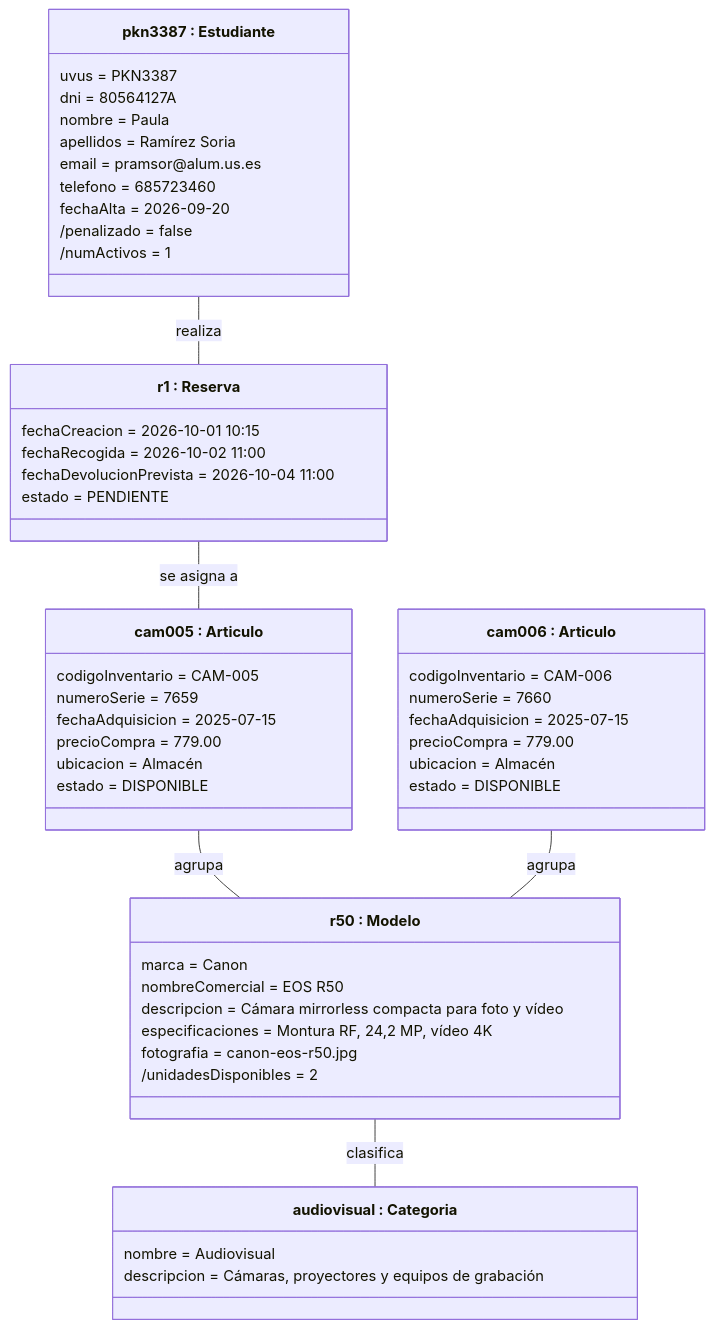
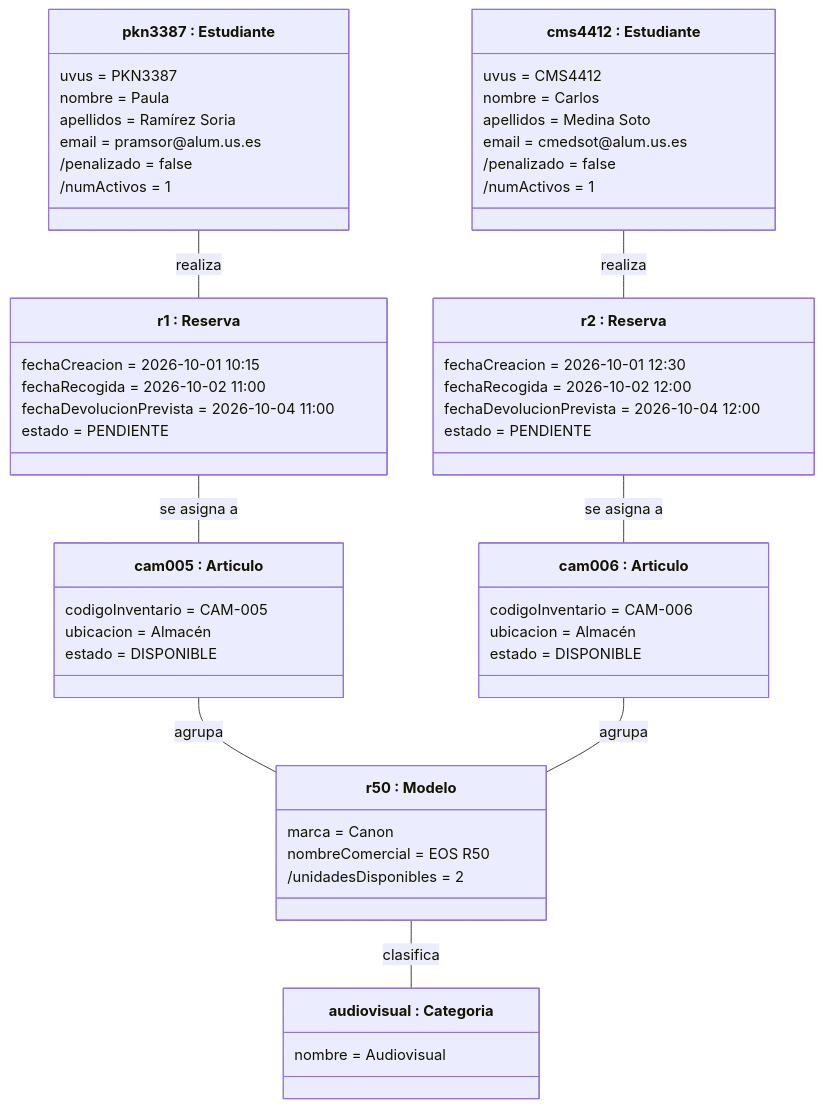
Before and after one commit to kikiyet/proyecto-curso-iissi1-2026-TKL4651: the second of 4 diagrams in README.md, drawn with Mermaid. The commit also changed other lines of this file, not shown here.

````diff
--- a/README.md
+++ b/README.md
@@ -583,56 +583,57 @@
 ```mermaid
 classDiagram
 direction TB
-
 class pkn3387["pkn3387 : Estudiante"] {
   uvus = PKN3387
-  dni = 80564127A
   nombre = Paula
   apellidos = Ramírez Soria
   email = pramsor@alum.us.es
-  telefono = 685723460
-  fechaAlta = 2026-09-20
+  /penalizado = false
+  /numActivos = 1
+}
+class cms4412["cms4412 : Estudiante"] {
+  uvus = CMS4412
+  nombre = Carlos
+  apellidos = Medina Soto
+  email = cmedsot@alum.us.es
   /penalizado = false
   /numActivos = 1
 }
 class r1["r1 : Reserva"] {
   fechaCreacion = 2026-10-01 10:15
   fechaRecogida = 2026-10-02 11:00
   fechaDevolucionPrevista = 2026-10-04 11:00
   estado = PENDIENTE
 }
+class r2["r2 : Reserva"] {
+  fechaCreacion = 2026-10-01 12:30
+  fechaRecogida = 2026-10-02 12:00
+  fechaDevolucionPrevista = 2026-10-04 12:00
+  estado = PENDIENTE
+}
 class cam005["cam005 : Articulo"] {
   codigoInventario = CAM-005
-  numeroSerie = 7659
-  fechaAdquisicion = 2025-07-15
-  precioCompra = 779.00
   ubicacion = Almacén
   estado = DISPONIBLE
 }
 class cam006["cam006 : Articulo"] {
   codigoInventario = CAM-006
-  numeroSerie = 7660
-  fechaAdquisicion = 2025-07-15
-  precioCompra = 779.00
   ubicacion = Almacén
   estado = DISPONIBLE
 }
 class r50["r50 : Modelo"] {
   marca = Canon
   nombreComercial = EOS R50
-  descripcion = Cámara mirrorless compacta para foto y vídeo
-  especificaciones = Montura RF, 24,2 MP, vídeo 4K
-  fotografia = canon-eos-r50.jpg
   /unidadesDisponibles = 2
 }
 class audiovisual["audiovisual : Categoria"] {
   nombre = Audiovisual
-  descripcion = Cámaras, proyectores y equipos de grabación
 }
-
 pkn3387 -- r1 : realiza
+cms4412 -- r2 : realiza
 r1 -- cam005 : se asigna a
+r2 -- cam006 : se asigna a
 cam005 -- r50 : agrupa
 cam006 -- r50 : agrupa
 r50 -- audiovisual : clasifica
 ```
````
